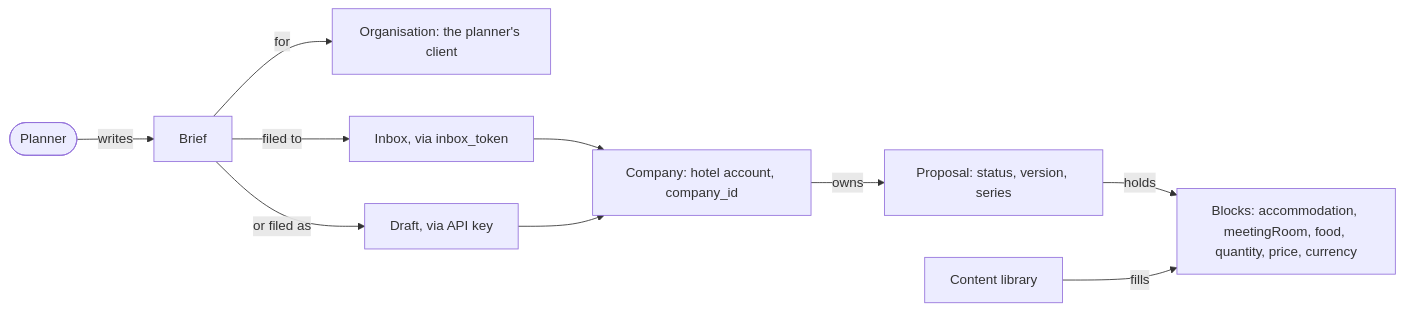
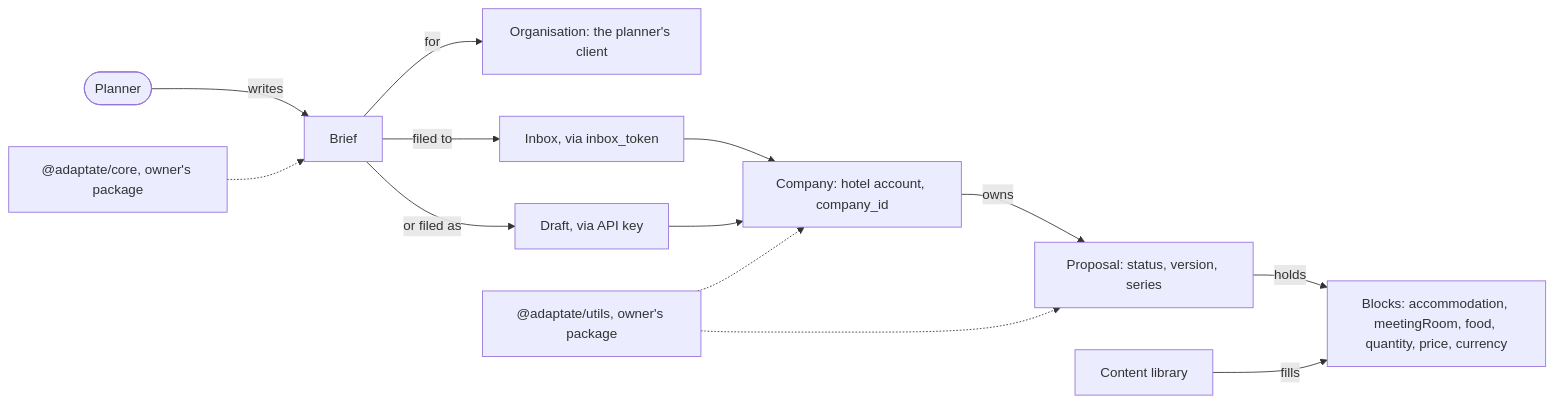
The second of 5 diagrams in notes/actualization.md (p10ns11y/proposales-planner-bench), drawn with Mermaid before and after one commit. The commit also changed other lines of this file and 16 other files, not shown here.

````diff
--- a/notes/actualization.md
+++ b/notes/actualization.md
@@ -29,12 +29,15 @@
 ```mermaid
 flowchart LR
   planner([Planner]) -->|writes| brief[Brief]
+  core["@adaptate/core, owner's package"] -.-> brief
   brief -->|for| org["Organisation: the planner's client"]
   brief -->|filed to| inbox["Inbox, via inbox_token"]
   brief -->|or filed as| draft["Draft, via API key"]
   inbox --> company["Company: hotel account, company_id"]
   draft --> company
+  utils["@adaptate/utils, owner's package"] -.-> company
   company -->|owns| proposal["Proposal: status, version, series"]
+  utils -.-> proposal
   proposal -->|holds| blocks["Blocks: accommodation, meetingRoom, food, quantity, price, currency"]
   library["Content library"] -->|fills| blocks
 ```
````
